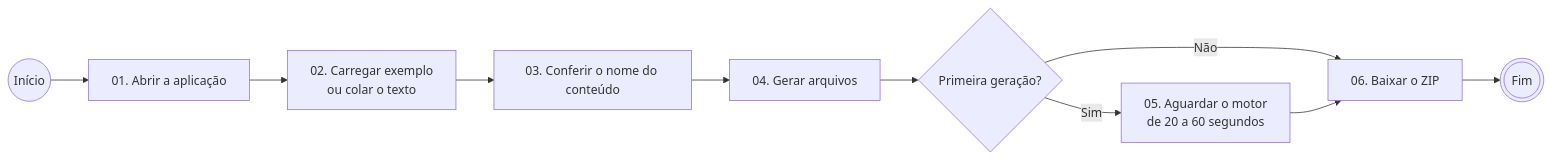
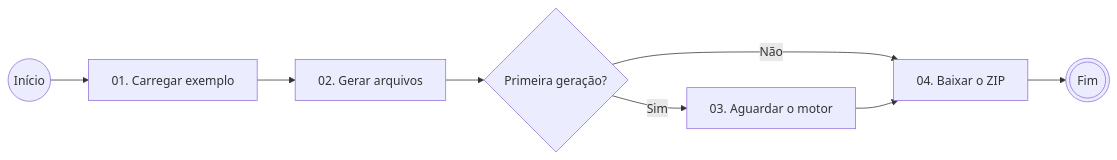
The first of 5 diagrams in web/exemplo/apresentacao.md (anacgovbr/conteudista), drawn with Mermaid before and after one commit. The commit also changed other lines of this file and 3 other files, not shown here.

````diff
--- a/web/exemplo/apresentacao.md
+++ b/web/exemplo/apresentacao.md
@@ -73,12 +73,10 @@
 ```mermaid
 flowchart LR
-    T00((Início)) --> T01[01. Abrir a aplicação]
-    T01 --> T02[02. Carregar exemplo<br/>ou colar o texto]
-    T02 --> T03[03. Conferir o nome do conteúdo]
-    T03 --> T04[04. Gerar arquivos]
-    T04 --> D01{Primeira geração?}
-    D01 -->|Sim| T05[05. Aguardar o motor<br/>de 20 a 60 segundos]
-    D01 -->|Não| T06[06. Baixar o ZIP]
-    T05 --> T06
-    T06 --> T99(((Fim)))
+    T00((Início)) --> T01[01. Carregar exemplo]
+    T01 --> T02[02. Gerar arquivos]
+    T02 --> D01{Primeira geração?}
+    D01 -->|Sim| T03[03. Aguardar o motor]
+    D01 -->|Não| T04[04. Baixar o ZIP]
+    T03 --> T04
+    T04 --> T99(((Fim)))
 ```
````
